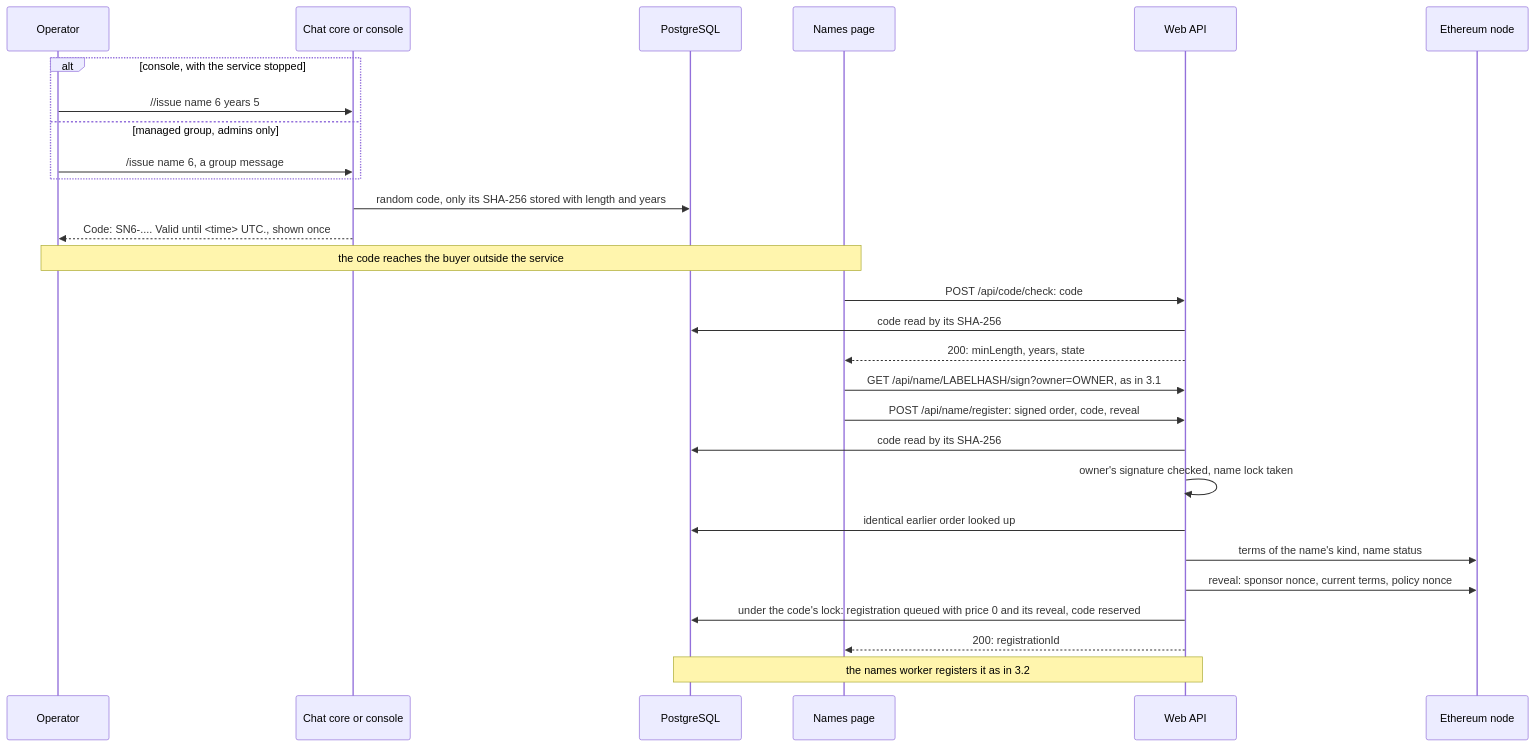
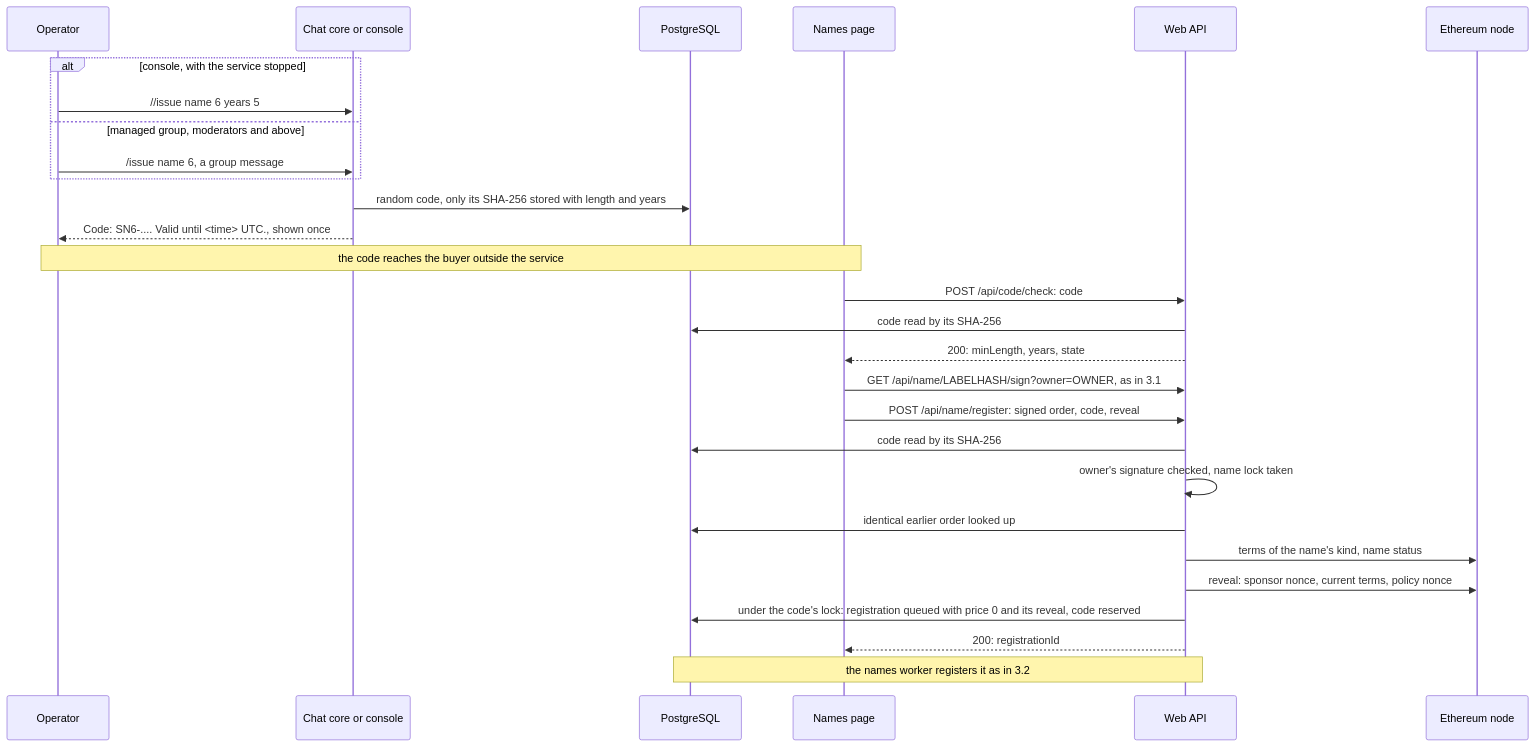
The fourth of 15 diagrams in apps/simplex-store-service/docs/names.md (simplex-chat/simplex-chat), drawn with Mermaid before and after one commit. The commit also changed other lines of this file and 71 other files, not shown here.

````diff
--- a/apps/simplex-store-service/docs/names.md
+++ b/apps/simplex-store-service/docs/names.md
@@ -268,30 +269,30 @@
 ```mermaid
 sequenceDiagram
   participant O as Operator
   participant C as Chat core or console
   participant D as PostgreSQL
   participant P as Names page
   participant W as Web API
   participant E as Ethereum node
   alt console, with the service stopped
     O->>C: //issue name 6 years 5
-  else managed group, admins only
+  else managed group, moderators and above
     O->>C: /issue name 6, a group message
   end
   C->>D: random code, only its SHA-256 stored with length and years
   C-->>O: Code: SN6-.... Valid until <time> UTC., shown once
   Note over O,P: the code reaches the buyer outside the service
   P->>W: POST /api/code/check: code
   W->>D: code read by its SHA-256
   W-->>P: 200: minLength, years, state
   P->>W: GET /api/name/LABELHASH/sign?owner=OWNER, as in 3.1
   P->>W: POST /api/name/register: signed order, code, reveal
   W->>D: code read by its SHA-256
   W->>W: owner's signature checked, name lock taken
   W->>D: identical earlier order looked up
   W->>E: terms of the name's kind, name status
   W->>E: reveal: sponsor nonce, current terms, policy nonce
   W->>D: under the code's lock: registration queued with price 0 and its reveal, code reserved
   W-->>P: 200: registrationId
   Note over W,D: the names worker registers it as in 3.2
 ```
````
